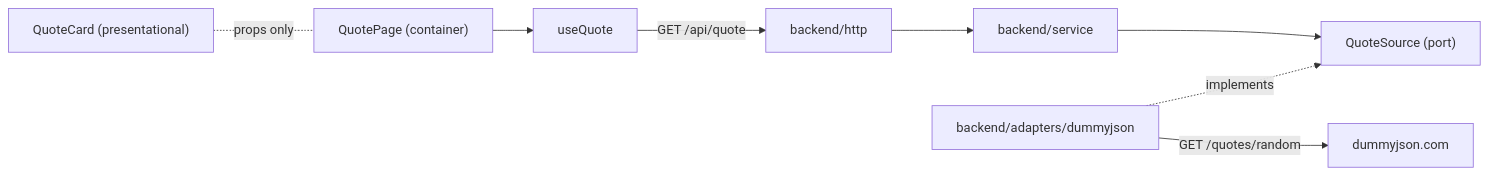
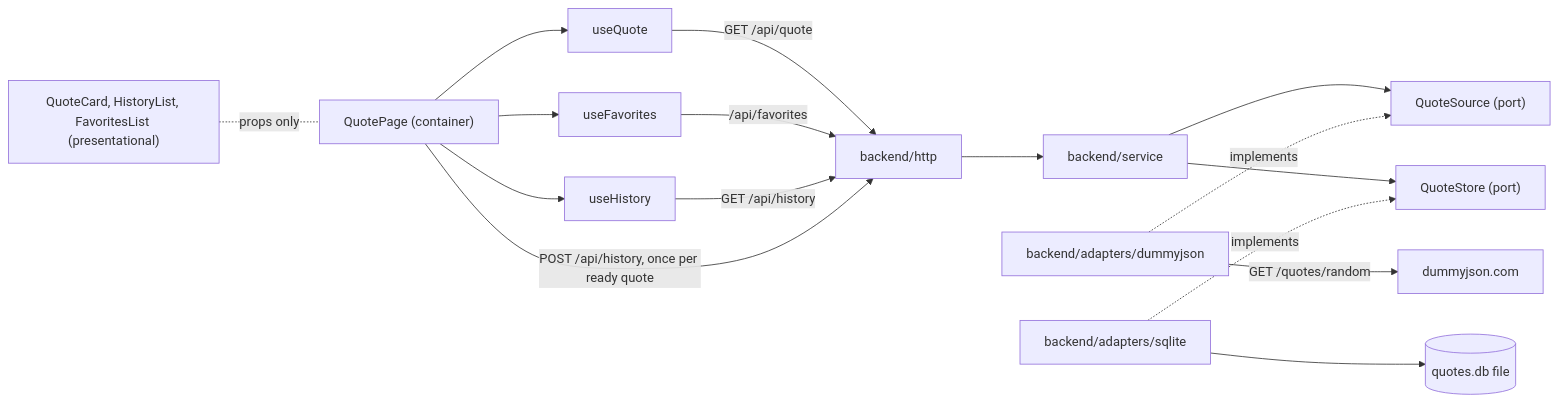
Before and after one commit to peterFlores/workshop-bmad: the first of 2 diagrams in _bmad-output/planning-artifacts/architecture/architecture-workshop-bmad-2026-10-08/ARCHITECTURE-SPINE.md, drawn with Mermaid. The commit also changed other lines of this file and 14 other files, not shown here.

First line of the commit message:
docs(WS-7): plan history and favorites (PRD, architecture, UX, epics)

````diff
--- a/_bmad-output/planning-artifacts/architecture/architecture-workshop-bmad-2026-10-08/ARCHITECTURE-SPINE.md
+++ b/_bmad-output/planning-artifacts/architecture/architecture-workshop-bmad-2026-10-08/ARCHITECTURE-SPINE.md
@@ -22,10 +22,18 @@
 ```mermaid
 graph LR
   Page["QuotePage (container)"] --> Hook["useQuote"]
+  Page --> Fav["useFavorites"]
+  Page --> Hist["useHistory"]
   Hook -->|"GET /api/quote"| Http["backend/http"]
+  Fav -->|"/api/favorites"| Http
+  Hist -->|"GET /api/history"| Http
+  Page -->|"POST /api/history, once per ready quote"| Http
   Http --> Service["backend/service"]
   Service --> Port["QuoteSource (port)"]
+  Service --> Store["QuoteStore (port)"]
   Adapter["backend/adapters/dummyjson"] -.implements.-> Port
+  Sqlite["backend/adapters/sqlite"] -.implements.-> Store
   Adapter -->|"GET /quotes/random"| Up["dummyjson.com"]
-  View["QuoteCard (presentational)"] -.props only.- Page
+  Sqlite --> File[("quotes.db file")]
+  View["QuoteCard, HistoryList, FavoritesList (presentational)"] -.props only.- Page
 ```
````
